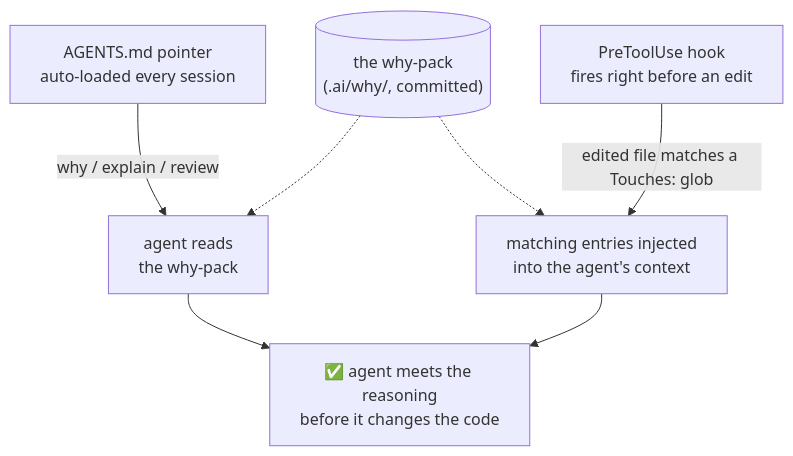
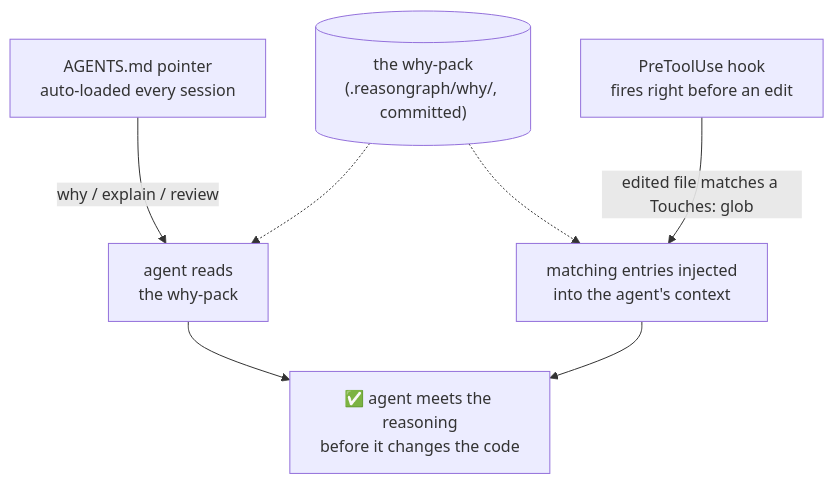
One commit to borg0ai/dx-reasongraph changed the diagram in README.md. Above: the diagram before and after it, drawn with Mermaid. The commit also changed other lines of this file and 24 other files, not shown here.

First line of the commit message:
refactor: store why-packs in .reasongraph/why

````diff
--- a/README.md
+++ b/README.md
@@ -54,16 +54,16 @@
 ```mermaid
 flowchart TD
-    why[("the why-pack<br/>(.ai/why/, committed)")]
+    why[("the why-pack<br/>(.reasongraph/why/, committed)")]
 
     agents["AGENTS.md pointer<br/>auto-loaded every session"]
     hook["PreToolUse hook<br/>fires right before an edit"]
 
     agents -->|"why / explain / review"| read["agent reads<br/>the why-pack"]
     hook -->|"edited file matches a Touches: glob"| inject["matching entries injected<br/>into the agent's context"]
 
     why -.-> read
     why -.-> inject
 
     read --> meets["✅ agent meets the reasoning<br/>before it changes the code"]
     inject --> meets
 ```
````
